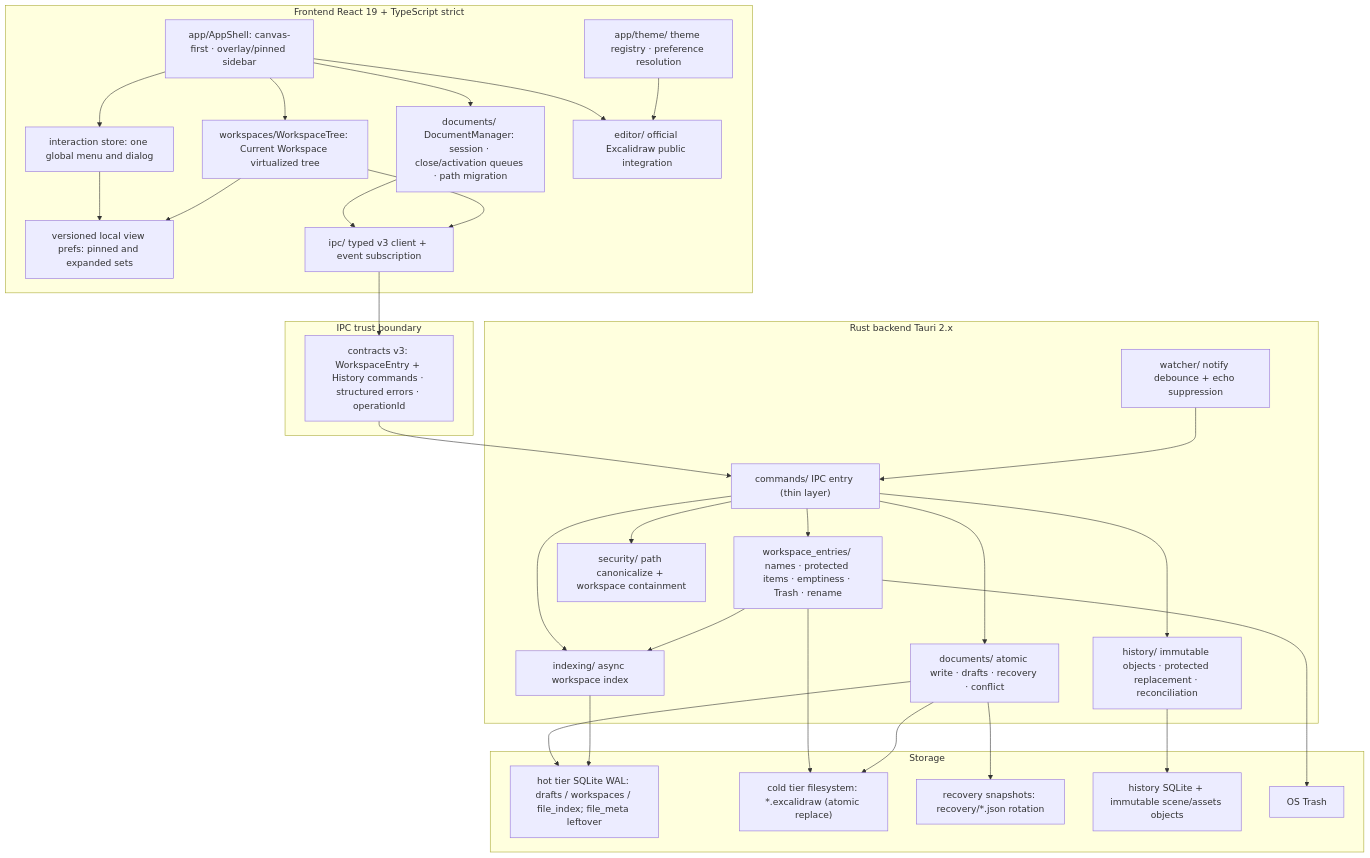
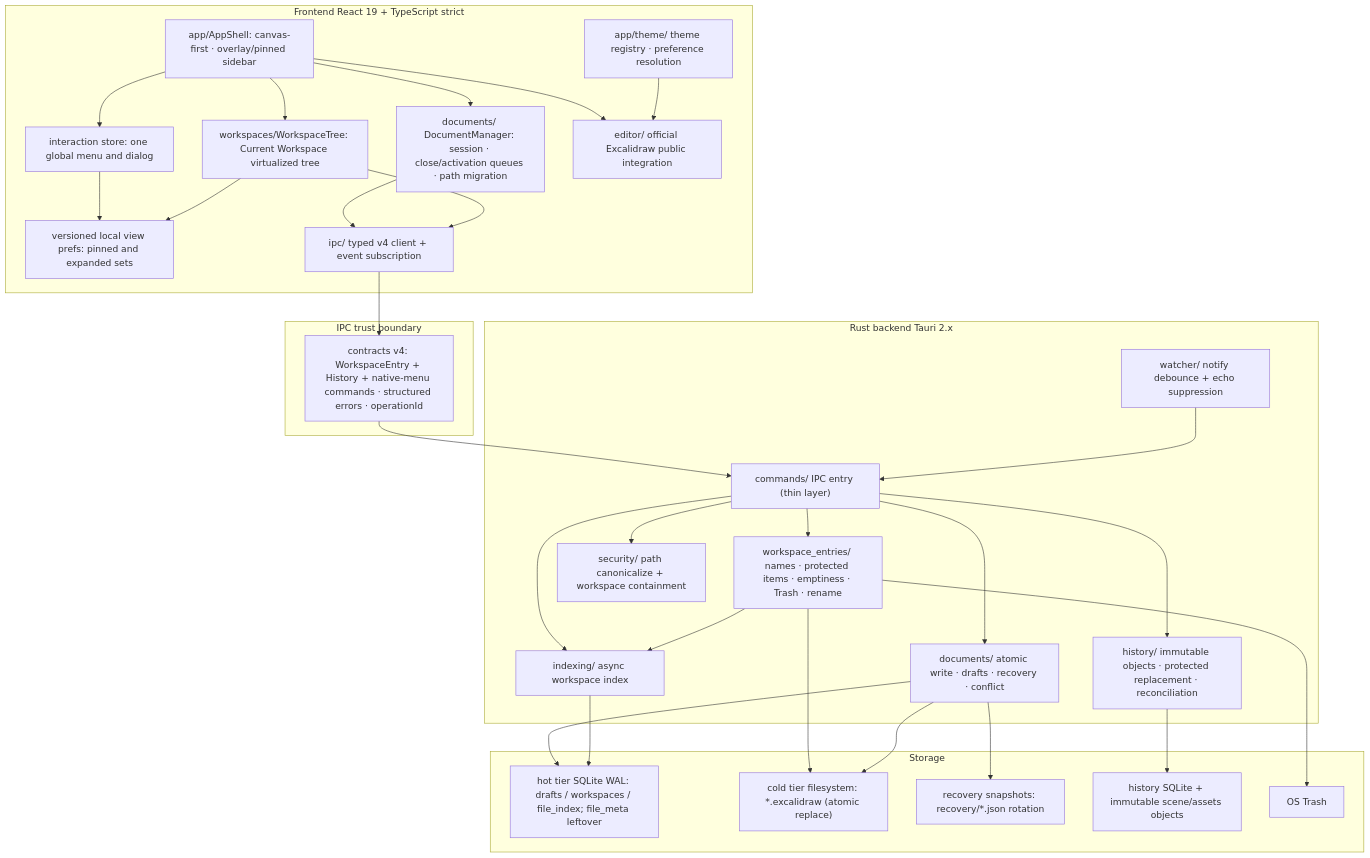
Before and after one commit to ignacioli/excalidraw-desktop: the first of 7 diagrams in docs/architecture.md, drawn with Mermaid. The commit also changed other lines of this file and 12 other files, not shown here.

Commit message:
Document IPC contract v4, language flow, and native menu check; instrument the startup language handshake

````diff
--- a/docs/architecture.md
+++ b/docs/architecture.md
@@ -19,56 +19,56 @@
 ```mermaid
 flowchart TB
     subgraph frontend [Frontend React 19 + TypeScript strict]
         AppShell["app/AppShell: canvas-first · overlay/pinned sidebar"]
         Interaction["interaction store: one global menu and dialog"]
         Tree["workspaces/WorkspaceTree: Current Workspace virtualized tree"]
         Docs["documents/ DocumentManager: session · close/activation queues · path migration"]
         Editor["editor/ official Excalidraw public integration"]
         Theme["app/theme/ theme registry · preference resolution"]
         Prefs["versioned local view prefs: pinned and expanded sets"]
-        IpcClient["ipc/ typed v3 client + event subscription"]
+        IpcClient["ipc/ typed v4 client + event subscription"]
     end
     subgraph boundary [IPC trust boundary]
-        Contracts["contracts v3: WorkspaceEntry + History commands · structured errors · operationId"]
+        Contracts["contracts v4: WorkspaceEntry + History + native-menu commands · structured errors · operationId"]
     end
     subgraph backend [Rust backend Tauri 2.x]
         Commands["commands/ IPC entry (thin layer)"]
         EntryDomain["workspace_entries/ names · protected items · emptiness · Trash · rename"]
         Security["security/ path canonicalize + workspace containment"]
         DomainDocs["documents/ atomic write · drafts · recovery · conflict"]
         HistoryDomain["history/ immutable objects · protected replacement · reconciliation"]
         Indexing["indexing/ async workspace index"]
         Watcher["watcher/ notify debounce + echo suppression"]
     end
     subgraph storage [Storage]
         Hot["hot tier SQLite WAL: drafts / workspaces / file_index; file_meta leftover"]
         Cold["cold tier filesystem: *.excalidraw (atomic replace)"]
         Recovery["recovery snapshots: recovery/*.json rotation"]
         History["history SQLite + immutable scene/assets objects"]
         Trash["OS Trash"]
     end
     AppShell --> Interaction
     AppShell --> Tree
     AppShell --> Docs
     AppShell --> Editor
     Interaction --> Prefs
     Tree --> Prefs
     Theme --> Editor
     Docs --> IpcClient
     Tree --> IpcClient
     IpcClient --> Contracts --> Commands
     Commands --> Security
     Commands --> EntryDomain
     Commands --> DomainDocs
     Commands --> HistoryDomain
     Commands --> Indexing
     Watcher --> Commands
     EntryDomain --> Indexing
     EntryDomain --> Cold
     EntryDomain --> Trash
     DomainDocs --> Hot
     DomainDocs --> Cold
     DomainDocs --> Recovery
     HistoryDomain --> History
     Indexing --> Hot
 ```
````
